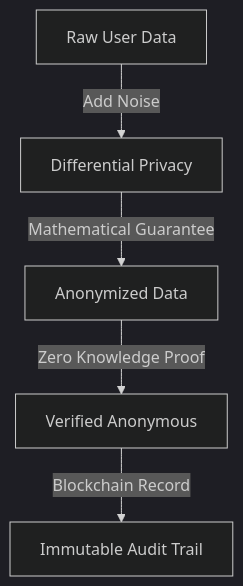
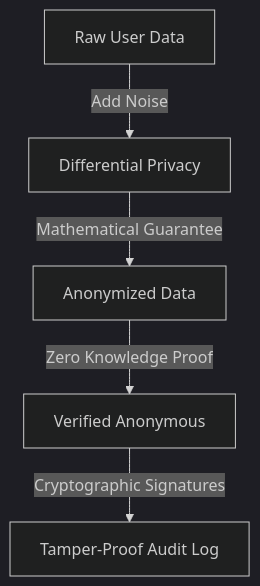
Diagram 11 of 12 in pitch.md (yxl74/AI_PITCH), drawn with Mermaid (dark theme) before and after one commit. The commit also changed other lines of this file, not shown here.

````diff
--- a/pitch.md
+++ b/pitch.md
@@ -344,7 +400,7 @@
 ```mermaid
 graph TD
     A[Raw User Data] -->|Add Noise| B[Differential Privacy]
     B -->|Mathematical Guarantee| C[Anonymized Data]
     C -->|Zero Knowledge Proof| D[Verified Anonymous]
-    D -->|Blockchain Record| E[Immutable Audit Trail]
+    D -->|Cryptographic Signatures| E[Tamper-Proof Audit Log]
 ```
````
